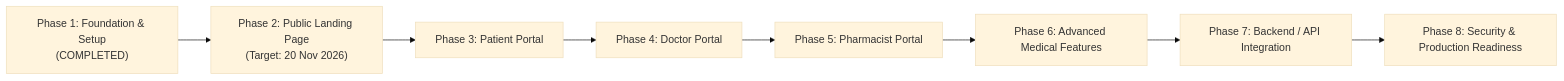
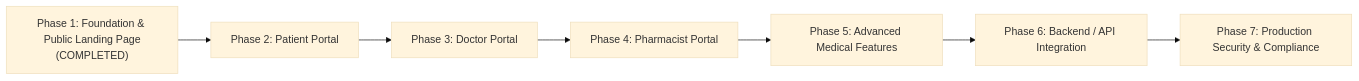
One commit to PulseId1/PulseIDfrontend changed the diagram in docs/ROADMAP.md. Above: the diagram before and after it, drawn with Mermaid (base theme). The commit also changed other lines of this file and 31 other files, not shown here.

Commit message:
feat(landing): implement public launch landing page with live countdown and team section

````diff
--- a/docs/ROADMAP.md
+++ b/docs/ROADMAP.md
@@ -7,10 +5,9 @@
 ```mermaid
 flowchart LR
-    P1["Phase 1: Foundation & Setup<br/>(COMPLETED)"] --> P2["Phase 2: Public Landing Page<br/>(Target: 20 Nov 2026)"]
-    P2 --> P3["Phase 3: Patient Portal"]
-    P3 --> P4["Phase 4: Doctor Portal"]
-    P4 --> P5["Phase 5: Pharmacist Portal"]
-    P5 --> P6["Phase 6: Advanced Medical Features"]
-    P6 --> P7["Phase 7: Backend / API Integration"]
-    P7 --> P8["Phase 8: Security & Production Readiness"]
+    P1["Phase 1: Foundation & Public Landing Page<br/>(COMPLETED)"] --> P2["Phase 2: Patient Portal"]
+    P2 --> P3["Phase 3: Doctor Portal"]
+    P3 --> P4["Phase 4: Pharmacist Portal"]
+    P4 --> P5["Phase 5: Advanced Medical Features"]
+    P5 --> P6["Phase 6: Backend / API Integration"]
+    P6 --> P7["Phase 7: Production Security & Compliance"]
 ```
````
